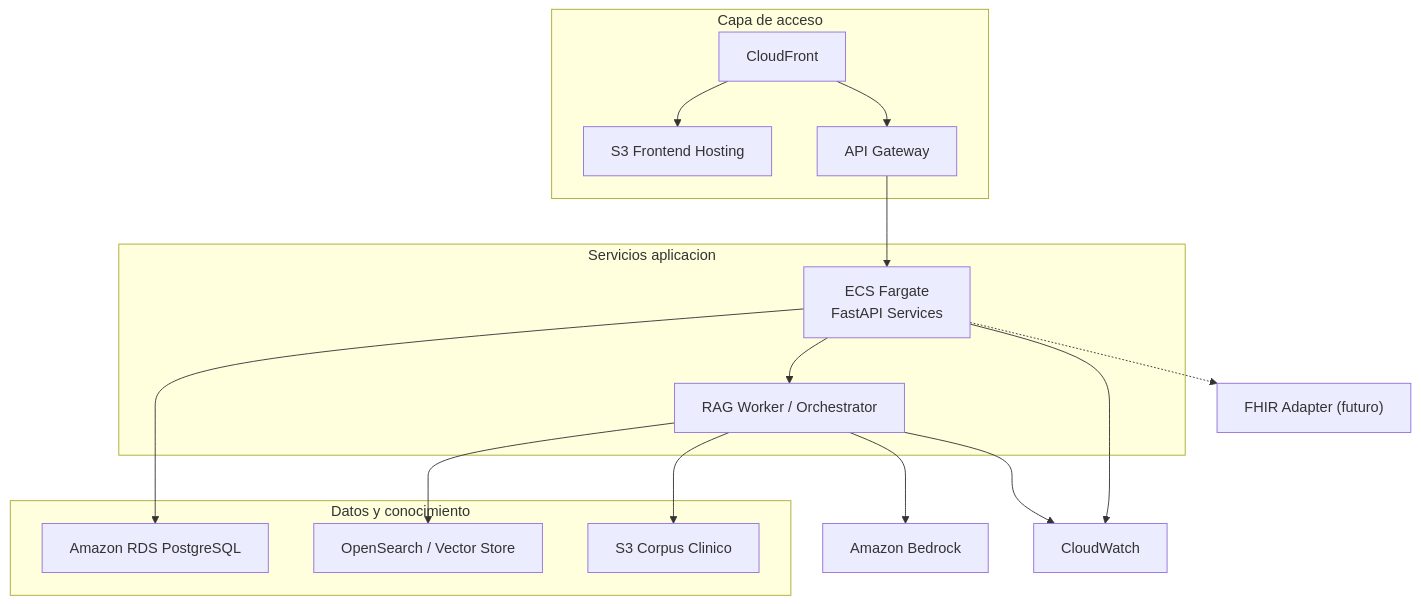
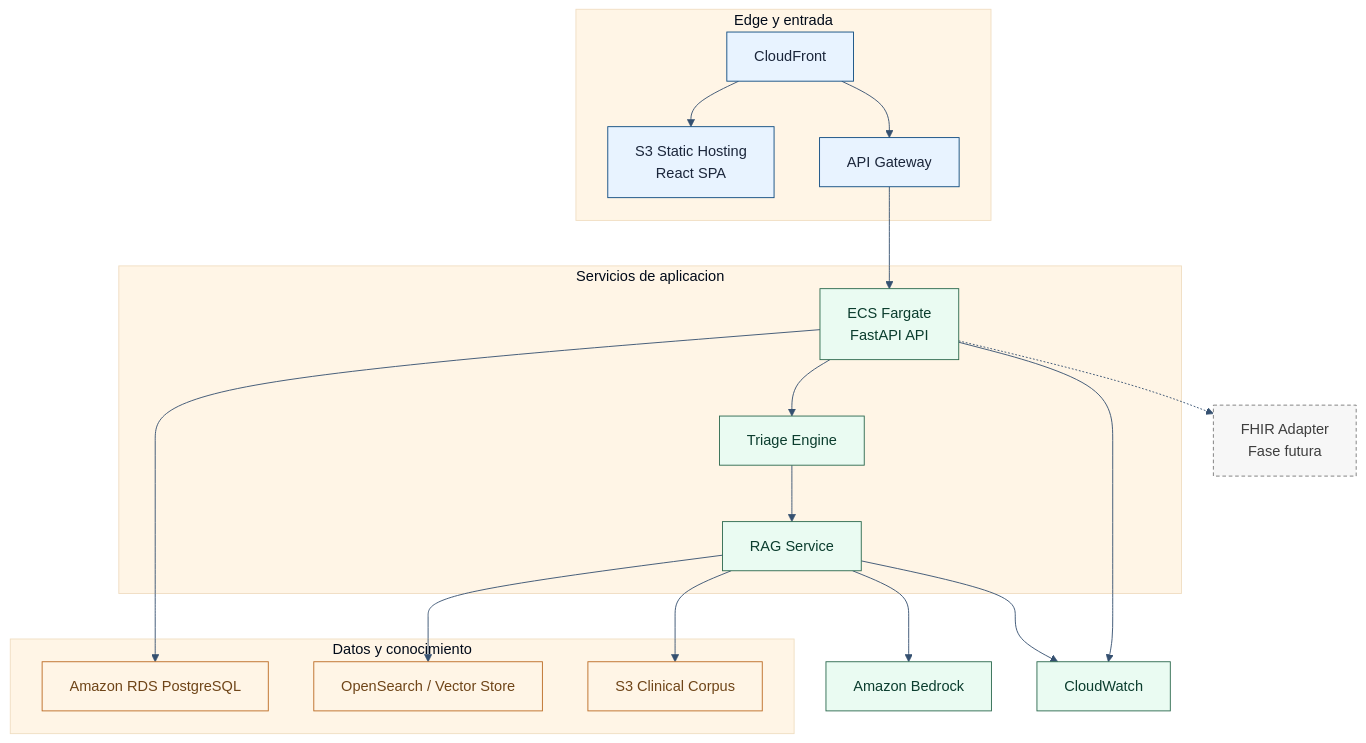
The diagram in docs/architecture/06-aws-deployment.mmd (JesusJC15/proyecto-arep), drawn with Mermaid before and after one commit. The commit also changed 18 other files, not shown here.

```diff
--- a/docs/architecture/06-aws-deployment.mmd
+++ b/docs/architecture/06-aws-deployment.mmd
@@ -1,33 +1,46 @@
+%%{init: {"theme": "base", "themeVariables": {"fontFamily": "Inter, Segoe UI, sans-serif", "primaryColor": "#E8F3FF", "primaryBorderColor": "#0F4C81", "lineColor": "#355070", "secondaryColor": "#EAFBF2", "tertiaryColor": "#FFF5E6"}}}%%
 flowchart TB
-    subgraph edge["Capa de acceso"]
+    subgraph edge["Edge y entrada"]
         cf["CloudFront"]
-        s3["S3 Frontend Hosting"]
+        s3["S3 Static Hosting\nReact SPA"]
         apigw["API Gateway"]
     end
 
-    subgraph services["Servicios aplicacion"]
-        ecs["ECS Fargate\nFastAPI Services"]
-        rag["RAG Worker / Orchestrator"]
+    subgraph services["Servicios de aplicacion"]
+        ecs["ECS Fargate\nFastAPI API"]
+        triage["Triage Engine"]
+        rag["RAG Service"]
     end
 
     subgraph data["Datos y conocimiento"]
         rds["Amazon RDS PostgreSQL"]
         os["OpenSearch / Vector Store"]
-        bucket["S3 Corpus Clinico"]
+        bucket["S3 Clinical Corpus"]
     end
 
     bedrock["Amazon Bedrock"]
     cw["CloudWatch"]
-    fhir["FHIR Adapter (futuro)"]
+    fhir["FHIR Adapter\nFase futura"]
 
     cf --> s3
     cf --> apigw
     apigw --> ecs
-    ecs --> rag
+    ecs --> triage
+    triage --> rag
     ecs --> rds
     rag --> os
     rag --> bucket
     rag --> bedrock
     ecs --> cw
     rag --> cw
     ecs -.-> fhir
+
+    classDef core fill:#EAFBF2,stroke:#2D6A4F,stroke-width:1px,color:#0B3D2E;
+    classDef edgeClass fill:#E8F3FF,stroke:#0F4C81,stroke-width:1px,color:#1B263B;
+    classDef dataClass fill:#FFF5E6,stroke:#BC6C25,stroke-width:1px,color:#6F4518;
+    classDef future fill:#F7F7F7,stroke:#7A7A7A,stroke-dasharray: 4 3,color:#3E3E3E;
+
+    class cf,s3,apigw edgeClass;
+    class ecs,triage,rag,bedrock,cw core;
+    class rds,os,bucket dataClass;
+    class fhir future;
```
